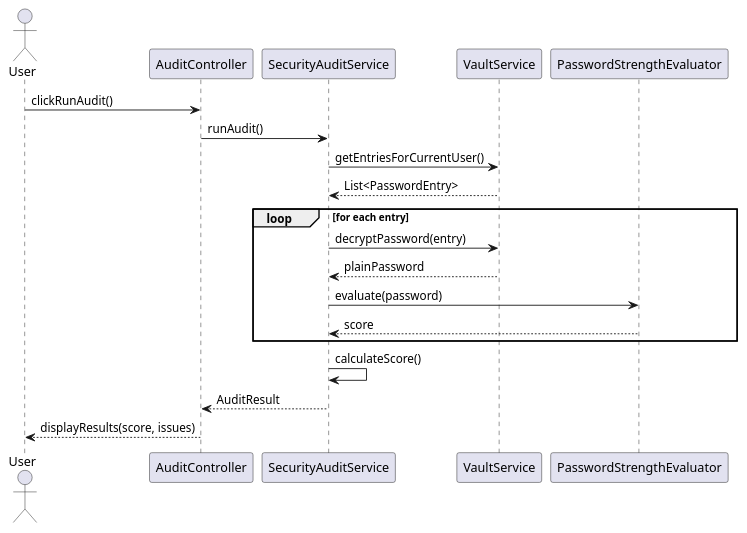
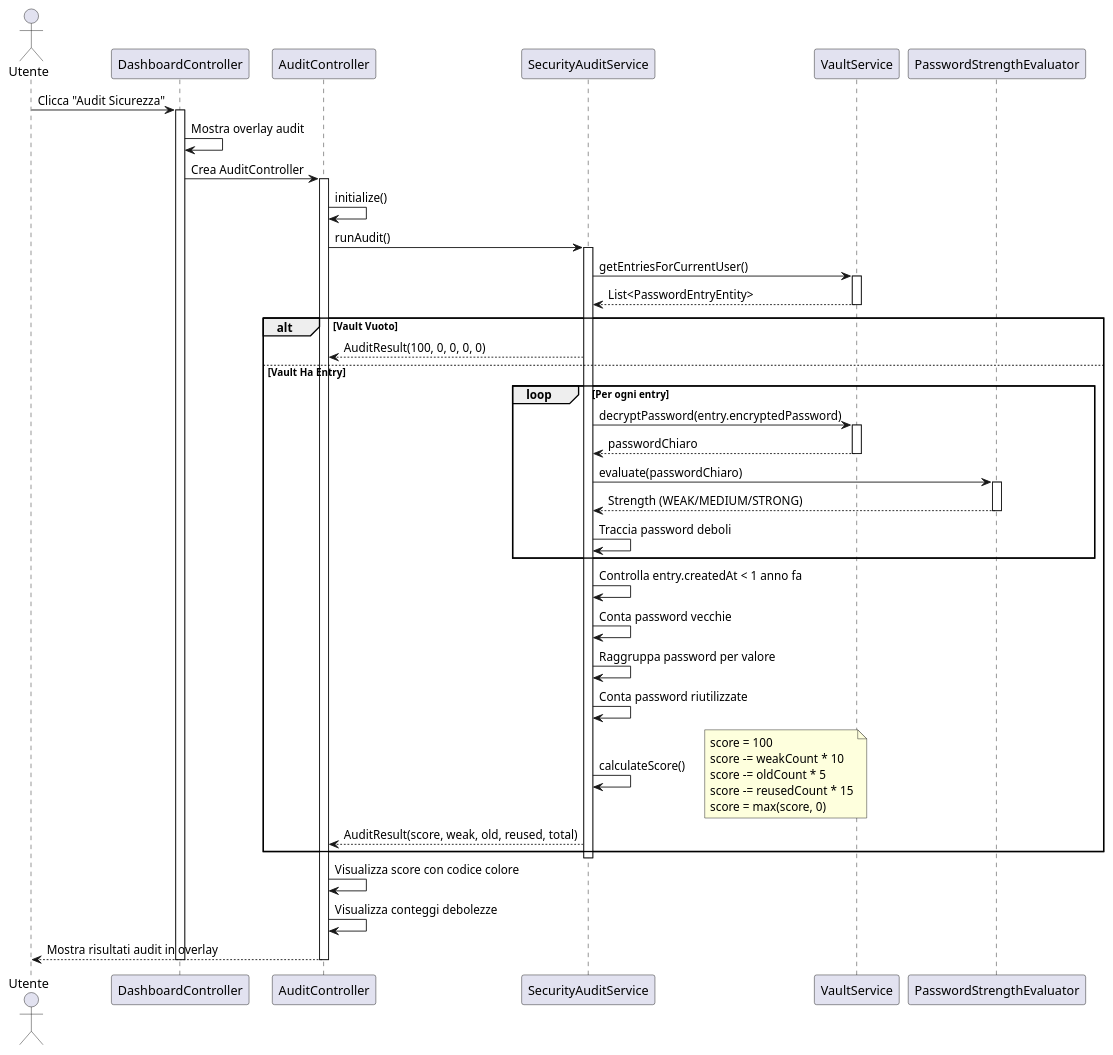
The fifth of 9 diagrams in README.it.md (DaniaCiampalini/SafeCoreProject), drawn with PlantUML before and after one commit. The commit also changed other lines of this file and 1 other file, not shown here.

````diff
--- a/README.it.md
+++ b/README.it.md
@@ -296,25 +1616,69 @@
 ```plantuml
 @startuml
-actor User
-participant AuditController
-participant SecurityAuditService
-participant VaultService
-participant PasswordStrengthEvaluator
+actor Utente
+participant "DashboardController" as DC
+participant "AuditController" as AC
+participant "SecurityAuditService" as SAS
+participant "VaultService" as VS
+participant "PasswordStrengthEvaluator" as PSE
 
-User -> AuditController: clickRunAudit()
-AuditController -> SecurityAuditService: runAudit()
-SecurityAuditService -> VaultService: getEntriesForCurrentUser()
-VaultService --> SecurityAuditService: List<PasswordEntry>
+Utente -> DC: Clicca "Audit Sicurezza"
+activate DC
 
-loop for each entry
-    SecurityAuditService -> VaultService: decryptPassword(entry)
-    VaultService --> SecurityAuditService: plainPassword
-    SecurityAuditService -> PasswordStrengthEvaluator: evaluate(password)
-    PasswordStrengthEvaluator --> SecurityAuditService: score
+DC -> DC: Mostra overlay audit
+DC -> AC: Crea AuditController
+activate AC
+
+AC -> AC: initialize()
+AC -> SAS: runAudit()
+activate SAS
+
+SAS -> VS: getEntriesForCurrentUser()
+activate VS
+VS --> SAS: List<PasswordEntryEntity>
+deactivate VS
+
+alt Vault Vuoto
+  SAS --> AC: AuditResult(100, 0, 0, 0, 0)
+else Vault Ha Entry
+  loop Per ogni entry
+    SAS -> VS: decryptPassword(entry.encryptedPassword)
+    activate VS
+    VS --> SAS: passwordChiaro
+    deactivate VS
+
+    SAS -> PSE: evaluate(passwordChiaro)
+    activate PSE
+    PSE --> SAS: Strength (WEAK/MEDIUM/STRONG)
+    deactivate PSE
+
+    SAS -> SAS: Traccia password deboli
+  end
+
+  SAS -> SAS: Controlla entry.createdAt < 1 anno fa
+  SAS -> SAS: Conta password vecchie
+
+  SAS -> SAS: Raggruppa password per valore
+  SAS -> SAS: Conta password riutilizzate
+
+  SAS -> SAS: calculateScore()
+  note right
+    score = 100
+    score -= weakCount * 10
+    score -= oldCount * 5
+    score -= reusedCount * 15
+    score = max(score, 0)
+  end note
+
+  SAS --> AC: AuditResult(score, weak, old, reused, total)
 end
 
-SecurityAuditService -> SecurityAuditService: calculateScore()
-SecurityAuditService --> AuditController: AuditResult
-AuditController --> User: displayResults(score, issues)
+deactivate SAS
+
+AC -> AC: Visualizza score con codice colore
+AC -> AC: Visualizza conteggi debolezze
+AC --> Utente: Mostra risultati audit in overlay
+deactivate AC
+deactivate DC
 @enduml
 ```
````
